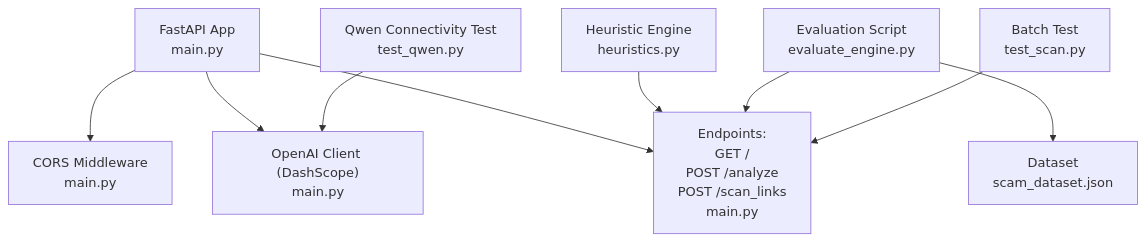
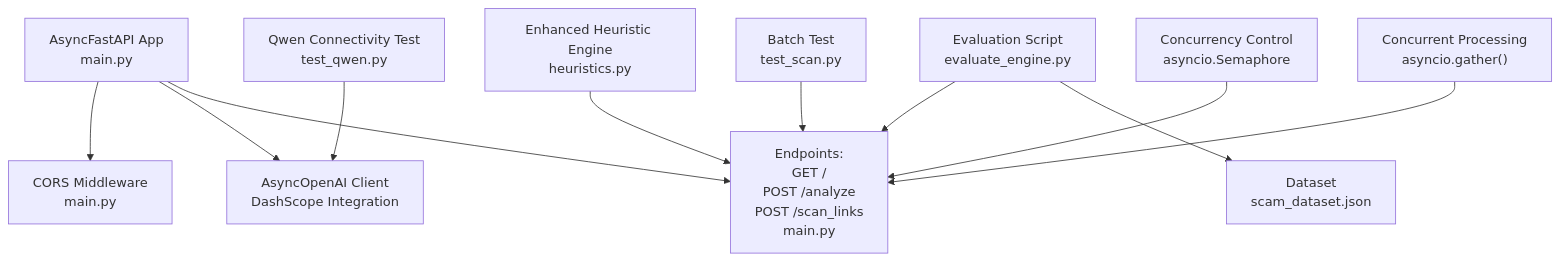
Before and after one commit to Aymanaahh/scrollguard-ai: the first of 5 diagrams in .qoder/repowiki/en/content/Backend API Documentation.md, drawn with Mermaid. The commit also changed other lines of this file and 18 other files, not shown here.

````diff
--- a/.qoder/repowiki/en/content/Backend API Documentation.md
+++ b/.qoder/repowiki/en/content/Backend API Documentation.md
@@ -49,11 +48,13 @@
 ```mermaid
 graph TB
-A["FastAPI App<br/>main.py"] --> B["CORS Middleware<br/>main.py"]
-A --> C["OpenAI Client (DashScope)<br/>main.py"]
+A["AsyncFastAPI App<br/>main.py"] --> B["CORS Middleware<br/>main.py"]
+A --> C["AsyncOpenAI Client<br/>DashScope Integration"]
 A --> D["Endpoints:<br/>GET /<br/>POST /analyze<br/>POST /scan_links<br/>main.py"]
-E["Heuristic Engine<br/>heuristics.py"] --> D
+E["Enhanced Heuristic Engine<br/>heuristics.py"] --> D
 F["Evaluation Script<br/>evaluate_engine.py"] --> D
 F --> G["Dataset<br/>scam_dataset.json"]
 H["Batch Test<br/>test_scan.py"] --> D
 I["Qwen Connectivity Test<br/>test_qwen.py"] --> C
+J["Concurrency Control<br/>asyncio.Semaphore"] --> D
+K["Concurrent Processing<br/>asyncio.gather()"] --> D
 ```
````
